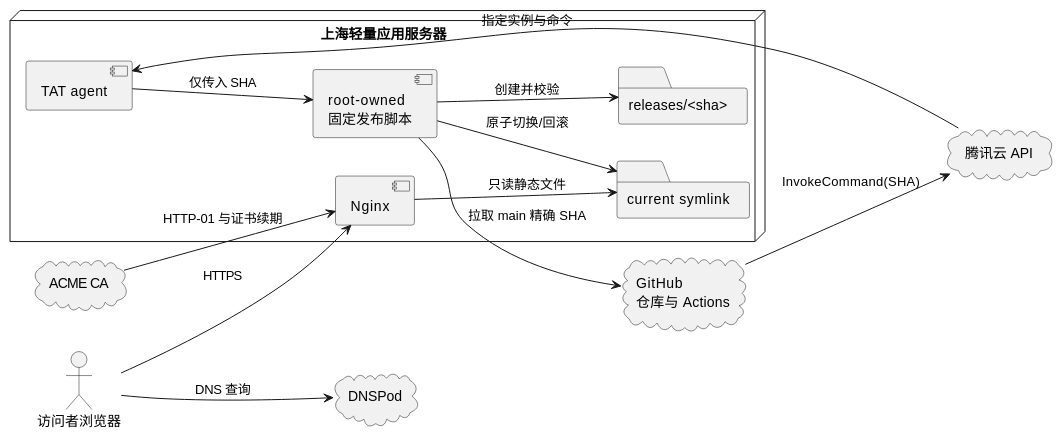
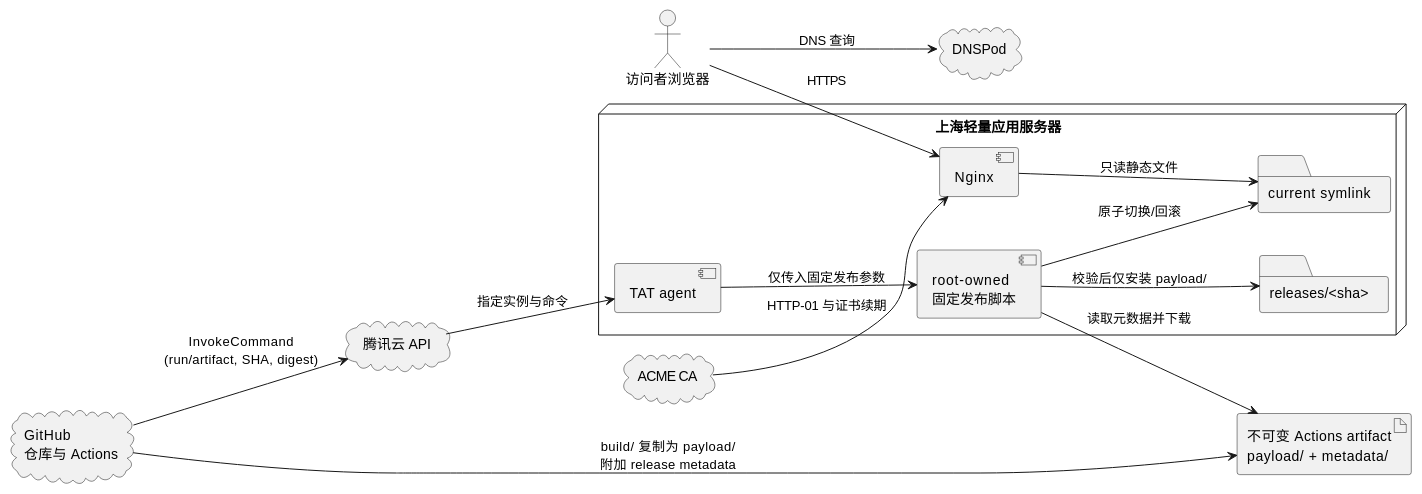
One commit to lyty1997/AxialMuseWebsite changed the second of 2 diagrams in docs/architecture/overview.md. Above: the diagram before and after it, drawn with PlantUML. The commit also changed other lines of this file and 29 other files, not shown here.

Commit message:
docs(site): finalize M0 architecture and engineering contracts / 完成 M0 架构与工程契约收口

````diff
--- a/docs/architecture/overview.md
+++ b/docs/architecture/overview.md
@@ -85,28 +86,30 @@
 ```plantuml
 @startuml
 left to right direction
 actor "访问者浏览器" as Browser
 cloud "DNSPod" as DNS
 cloud "GitHub\n仓库与 Actions" as GitHub
+artifact "不可变 Actions artifact\npayload/ + metadata/" as Artifact
 cloud "腾讯云 API" as TencentApi
 cloud "ACME CA" as Acme
 node "上海轻量应用服务器" as Server {
   component "Nginx" as Nginx
   component "TAT agent" as Tat
   component "root-owned\n固定发布脚本" as Deploy
   folder "releases/<sha>" as Releases
   folder "current symlink" as Current
 }
 
 Browser --> DNS : DNS 查询
 Browser --> Nginx : HTTPS
 Nginx --> Current : 只读静态文件
-GitHub --> TencentApi : InvokeCommand(SHA)
+GitHub --> Artifact : build/ 复制为 payload/\n附加 release metadata
+GitHub --> TencentApi : InvokeCommand\n(run/artifact, SHA, digest)
 TencentApi --> Tat : 指定实例与命令
-Tat --> Deploy : 仅传入 SHA
-Deploy --> GitHub : 拉取 main 精确 SHA
-Deploy --> Releases : 创建并校验
+Tat --> Deploy : 仅传入固定发布参数
+Deploy --> Artifact : 读取元数据并下载
+Deploy --> Releases : 校验后仅安装 payload/
 Deploy --> Current : 原子切换/回滚
 Acme --> Nginx : HTTP-01 与证书续期
 @enduml
 ```
````
